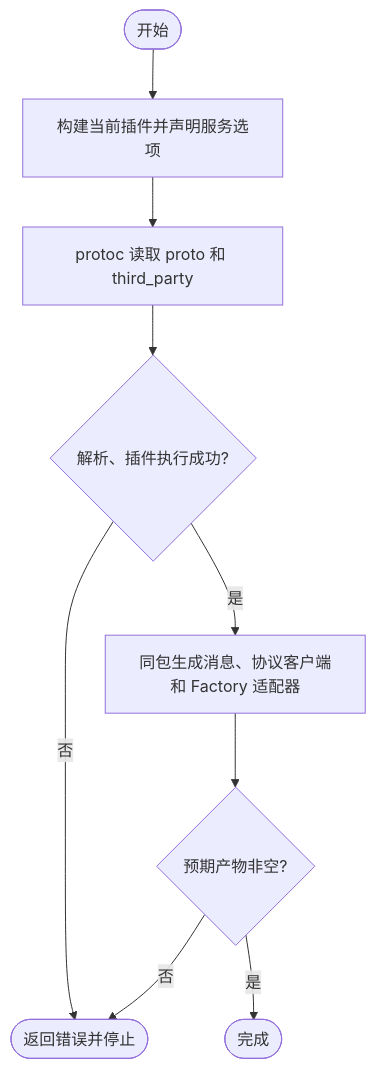
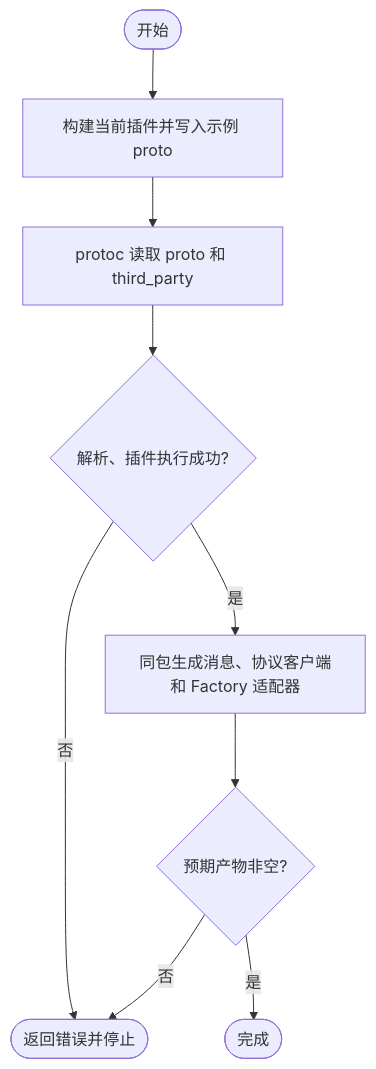
The first of 2 diagrams in cmd/protoc-gen-kratos-foundation-client-v2/README.md (jaggerzhuang1994/kratos-foundation), drawn with Mermaid before and after one commit. The commit also changed other lines of this file and 14 other files, not shown here.

````diff
--- a/cmd/protoc-gen-kratos-foundation-client-v2/README.md
+++ b/cmd/protoc-gen-kratos-foundation-client-v2/README.md
@@ -38,11 +37,11 @@
 ```mermaid
 flowchart TD
-    A([开始]) --> B[构建当前插件并声明服务选项]
+    A([开始]) --> B[构建当前插件并写入示例 proto]
     B --> C[protoc 读取 proto 和 third_party]
     C --> D{解析、插件执行成功?}
     D -- 否 --> E([返回错误并停止])
     D -- 是 --> F[同包生成消息、协议客户端和 Factory 适配器]
     F --> G{预期产物非空?}
     G -- 否 --> E
     G -- 是 --> H([完成])
 ```
````
